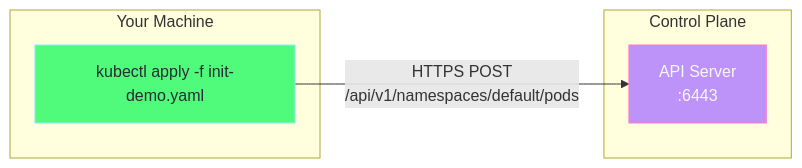
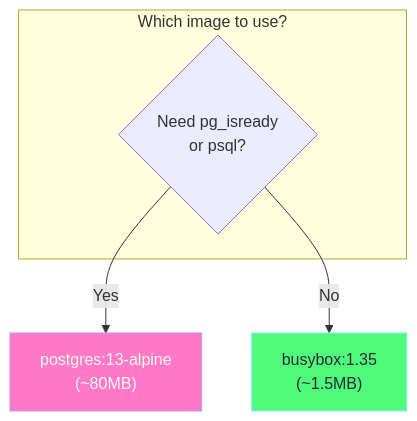
Before and after one commit to selvakumarperumal/k8s_minikube_learn: the fourth of 5 diagrams in Workload_and_Application_Management/init-containers-explained.md, drawn with Mermaid. The commit also changed other lines of this file, not shown here.

First line of the commit message:
docs: simplify init containers explanation with practical focus

````diff
--- a/Workload_and_Application_Management/init-containers-explained.md
+++ b/Workload_and_Application_Management/init-containers-explained.md
@@ -324,15 +155,12 @@
 ```mermaid
-flowchart LR
-    subgraph Client["Your Machine"]
-        kubectl["kubectl apply -f init-demo.yaml"]
+flowchart TB
+    subgraph Question["Which image to use?"]
+        Q1{"Need pg_isready<br/>or psql?"}
     end
     
-    subgraph Master["Control Plane"]
-        API["API Server<br/>:6443"]
-    end
+    Q1 -->|"Yes"| Postgres["postgres:13-alpine<br/>(~80MB)"]
+    Q1 -->|"No"| Busybox["busybox:1.35<br/>(~1.5MB)"]
     
-    kubectl -->|"HTTPS POST<br/>/api/v1/namespaces/default/pods"| API
-    
-    style kubectl fill:#50fa7b,stroke:#8be9fd,color:#282a36
-    style API fill:#bd93f9,stroke:#ff79c6,color:#f8f8f2
+    style Postgres fill:#ff79c6,stroke:#bd93f9,color:#f8f8f2
+    style Busybox fill:#50fa7b,stroke:#8be9fd,color:#282a36
 ```
````
